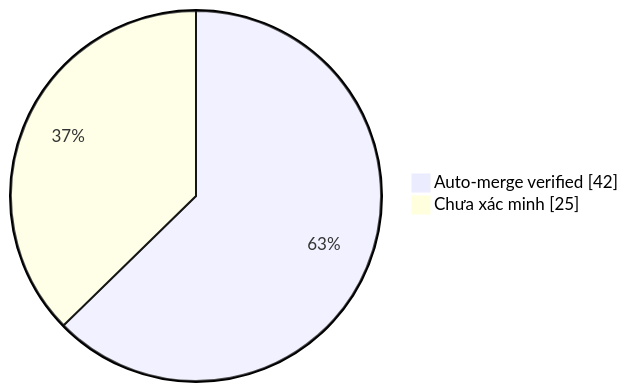
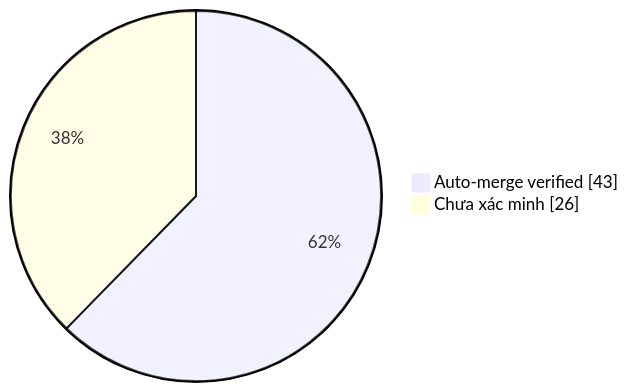
Before and after one commit to duykhang68/tetdinhmuiblog: the diagram in collector.md, drawn with Mermaid. The commit also changed other lines of this file and 1 other file, not shown here.

Commit message:
docs(collector): update auto-merge evidence dashboard

````diff
--- a/collector.md
+++ b/collector.md
@@ -22,5 +22,5 @@
 ```mermaid
 pie showData
-    "Auto-merge verified" : 42
-    "Chưa xác minh" : 25
+    "Auto-merge verified" : 43
+    "Chưa xác minh" : 26
 ```
````
